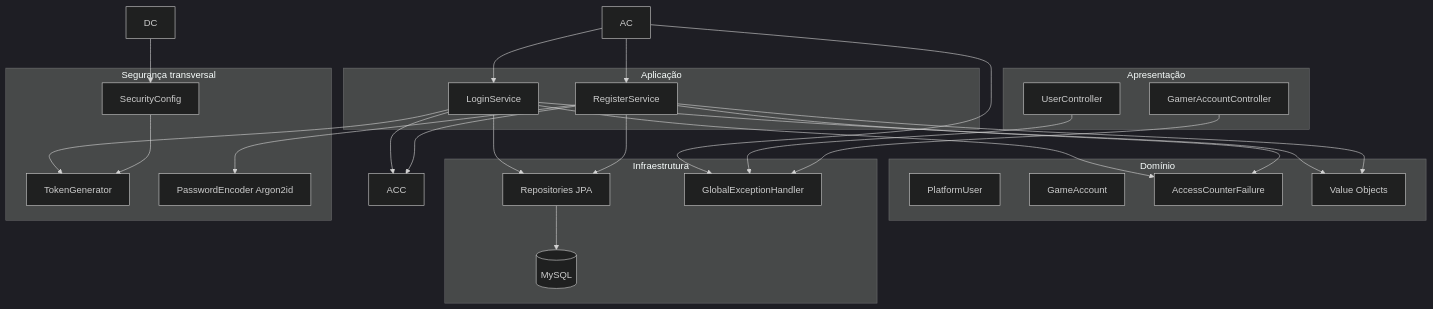
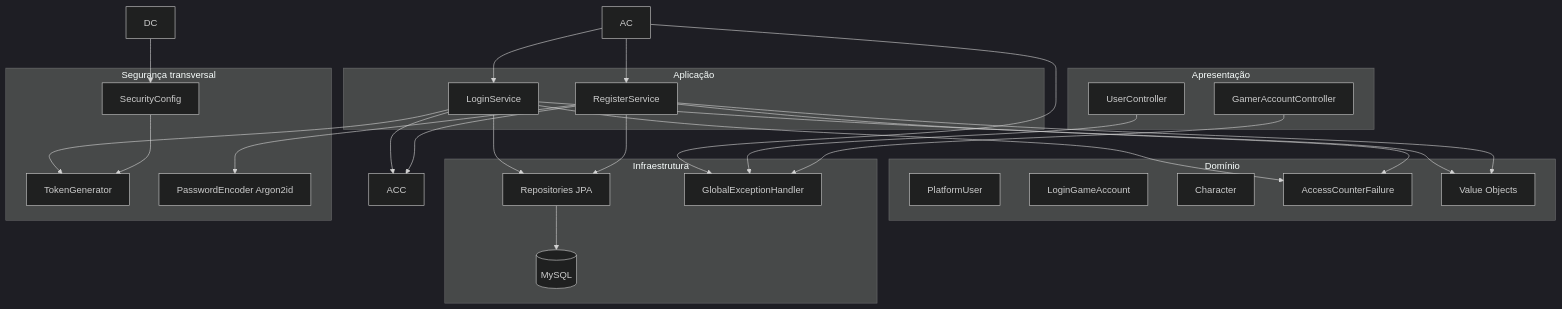
Before and after one commit to Campos1987/mmorpg-platform-api: the second of 5 diagrams in ARCHITECTURE.md, drawn with Mermaid (dark theme). The commit also changed other lines of this file and 16 other files, not shown here.

````diff
--- a/ARCHITECTURE.md
+++ b/ARCHITECTURE.md
@@ -66,41 +66,42 @@
 ```mermaid
 flowchart TB
     subgraph Apresentação
         UC[UserController]
         GC[GamerAccountController]
     end
 
     subgraph Aplicação
         LS[LoginService]
         RS[RegisterService]
     end
 
     subgraph Domínio
         PU[PlatformUser]
-        GA[GameAccount]
+        LGA[LoginGameAccount]
+        CH[Character]
         ACF[AccessCounterFailure]
         VO[Value Objects]
     end
 
     subgraph Infraestrutura
         REPO[Repositories JPA]
         DB[(MySQL)]
         GEH[GlobalExceptionHandler]
     end
 
     subgraph Segurança transversal
         SC[SecurityConfig]
         TG[TokenGenerator]
         PE[PasswordEncoder Argon2id]
     end
 
     AC --> LS & RS
     DC --> SC
     LS & RS --> ACC & ACF & VO
     LS & RS --> REPO
     REPO --> DB
     LS --> TG
     RS --> PE
     AC & UC & GC --> GEH
     SC --> TG
 ```
````
